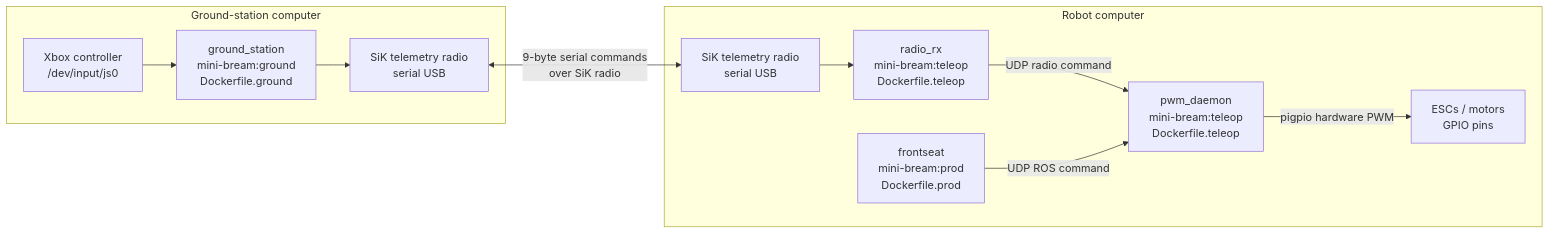
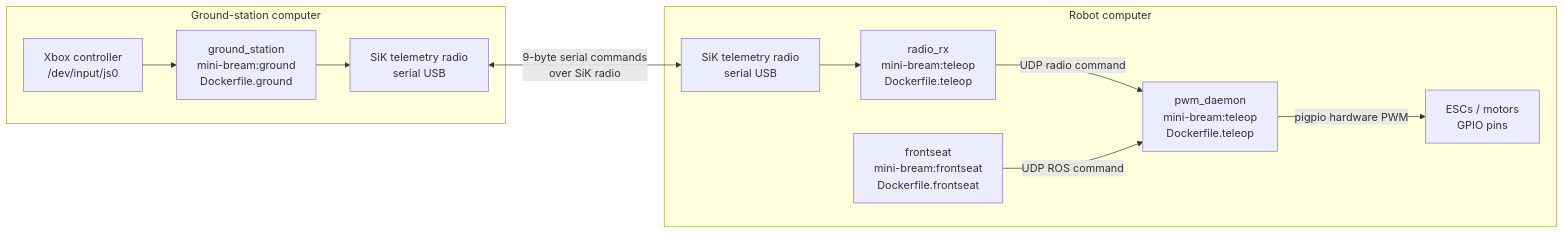
One commit to jhairssteven/mini-bream changed the diagram in src/docker/README.md. Above: the diagram before and after it, drawn with Mermaid. The commit also changed other lines of this file and 7 other files, not shown here.

Commit message:
blue-bream: clean up frontseat pkgs and include in docker startup

````diff
--- a/src/docker/README.md
+++ b/src/docker/README.md
@@ -5,26 +5,26 @@
 ```mermaid
 flowchart LR
     subgraph GS["Ground-station computer"]
         Xbox["Xbox controller<br/>/dev/input/js0"]
         Ground["ground_station<br/>mini-bream:ground<br/>Dockerfile.ground"]
         GRadio["SiK telemetry radio<br/>serial USB"]
 
         Xbox --> Ground
         Ground --> GRadio
     end
 
     GRadio <-->|"9-byte serial commands<br/>over SiK radio"| RRadio
 
     subgraph Robot["Robot computer"]
         RRadio["SiK telemetry radio<br/>serial USB"]
         RadioRx["radio_rx<br/>mini-bream:teleop<br/>Dockerfile.teleop"]
         Pwm["pwm_daemon<br/>mini-bream:teleop<br/>Dockerfile.teleop"]
-        Frontseat["frontseat<br/>mini-bream:prod<br/>Dockerfile.prod"]
+        Frontseat["frontseat<br/>mini-bream:frontseat<br/>Dockerfile.frontseat"]
         Motors["ESCs / motors<br/>GPIO pins"]
 
         RRadio --> RadioRx
         RadioRx -->|"UDP radio command"| Pwm
         Frontseat -->|"UDP ROS command"| Pwm
         Pwm -->|"pigpio hardware PWM"| Motors
     end
 ```
````
